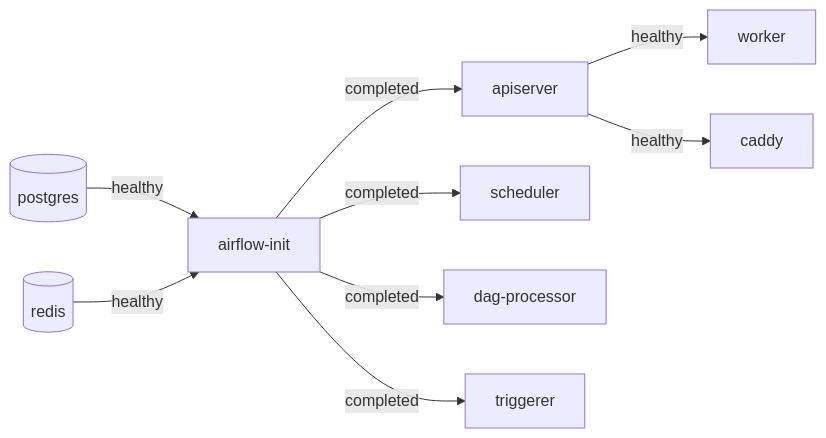
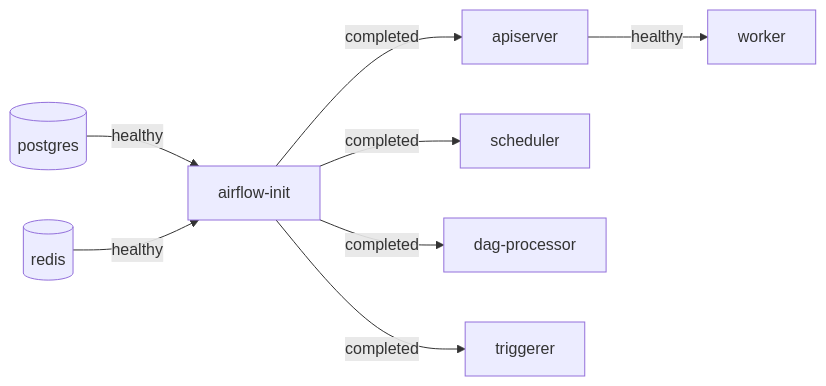
One commit to shsaurav13/airflow-docker changed the second of 2 diagrams in README.md. Above: the diagram before and after it, drawn with Mermaid. The commit also changed other lines of this file and 6 other files, not shown here.

````diff
--- a/README.md
+++ b/README.md
@@ -73,11 +69,10 @@
 ```mermaid
 flowchart LR
     pg[(postgres)] -->|healthy| init[airflow-init]
     redis[(redis)] -->|healthy| init
     init -->|completed| api[apiserver]
     init -->|completed| sched[scheduler]
     init -->|completed| dagp[dag-processor]
     init -->|completed| trig[triggerer]
     api -->|healthy| worker[worker]
-    api -->|healthy| caddy[caddy]
 ```
````
